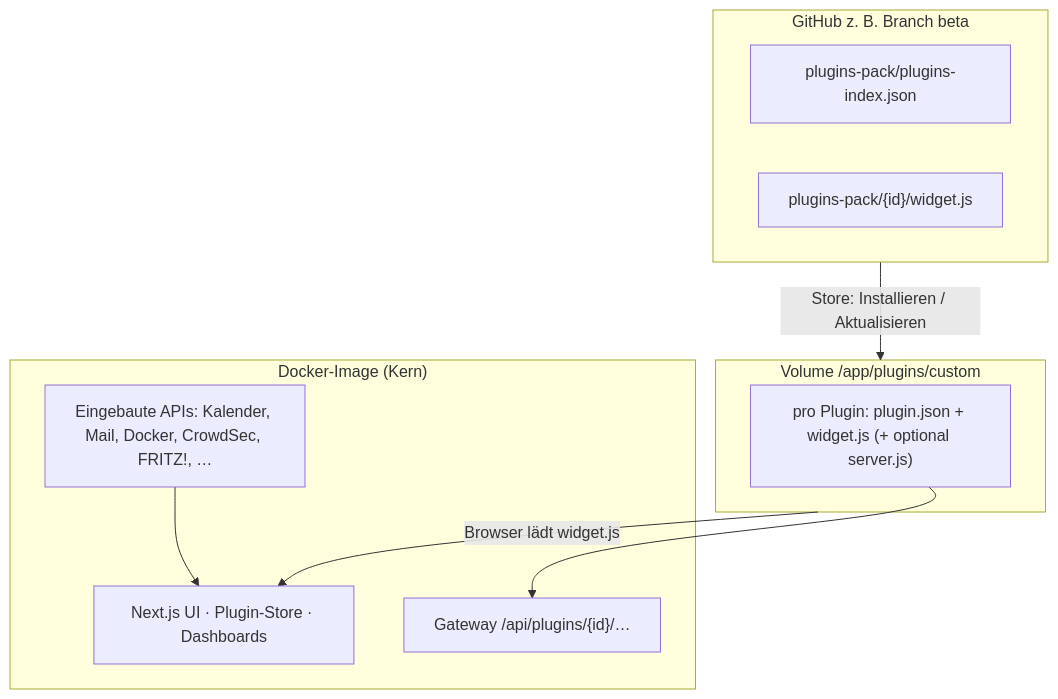
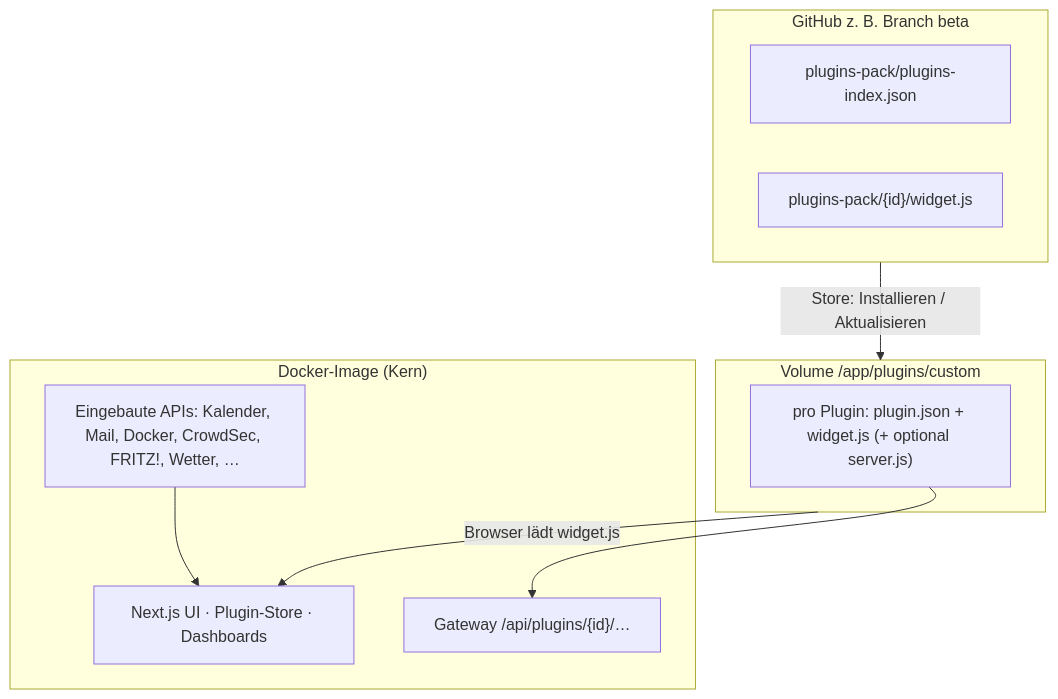
Before and after one commit to s3lfcod3r/selfdashboard: the second of 2 diagrams in README.md, drawn with Mermaid. The commit also changed other lines of this file and 4 other files, not shown here.

````diff
--- a/README.md
+++ b/README.md
@@ -401,19 +416,19 @@
 ```mermaid
 flowchart TB
   subgraph image["Docker-Image (Kern)"]
     UI["Next.js UI · Plugin-Store · Dashboards"]
-    CORE["Eingebaute APIs: Kalender, Mail, Docker, CrowdSec, FRITZ!, …"]
+    CORE["Eingebaute APIs: Kalender, Mail, Docker, CrowdSec, FRITZ!, Wetter, …"]
     GW["Gateway /api/plugins/{id}/…"]
   end
   subgraph vol["Volume /app/plugins/custom"]
     W["pro Plugin: plugin.json + widget.js (+ optional server.js)"]
   end
   subgraph gh["GitHub z. B. Branch beta"]
     IDX["plugins-pack/plugins-index.json"]
     PACK["plugins-pack/{id}/widget.js"]
   end
   gh -->|"Store: Installieren / Aktualisieren"| vol
   vol -->|"Browser lädt widget.js"| UI
   W --> GW
   CORE --> UI
 ```
````
